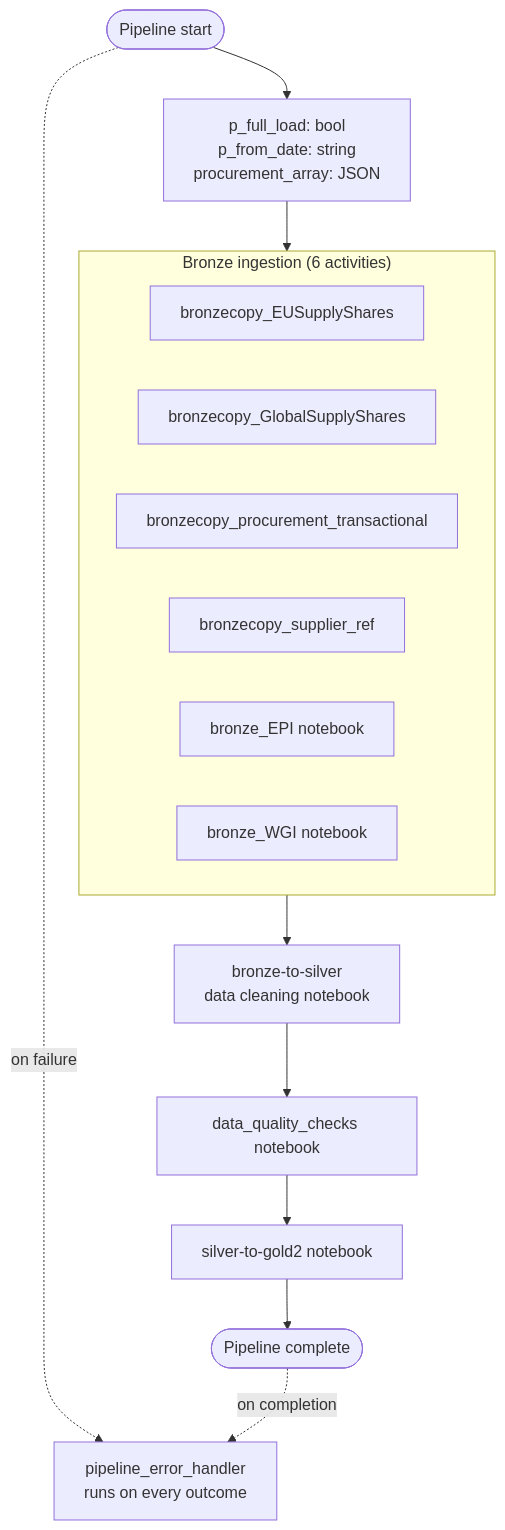
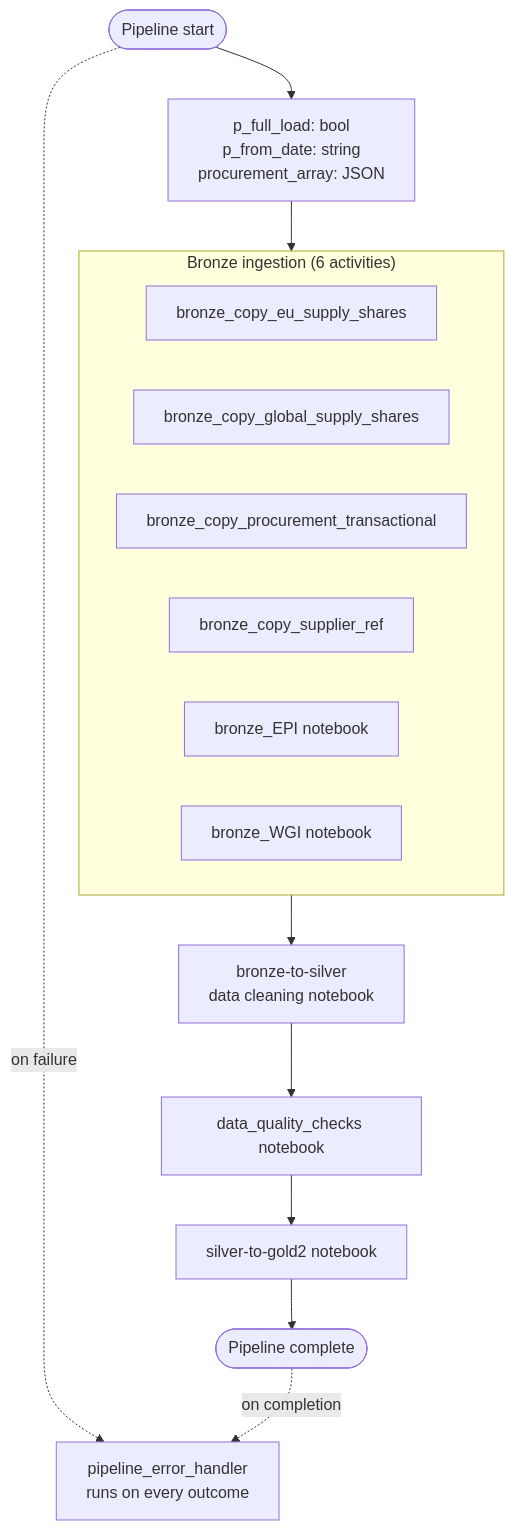
Before and after one commit to erikemilsson/OEMMatInsightBI: the second of 4 diagrams in docs/architecture/data-flow-diagram.md, drawn with Mermaid. The commit also changed 19 other files, not shown here.

````diff
--- a/docs/architecture/data-flow-diagram.md
+++ b/docs/architecture/data-flow-diagram.md
@@ -85,25 +85,25 @@
 ```mermaid
 flowchart TB
     Start([Pipeline start])
     Params[p_full_load: bool<br/>p_from_date: string<br/>procurement_array: JSON]
 
     subgraph Bronze["Bronze ingestion (6 activities)"]
-        BC1[bronzecopy_EUSupplyShares]
-        BC2[bronzecopy_GlobalSupplyShares]
-        BC3[bronzecopy_procurement_transactional]
-        BC4[bronzecopy_supplier_ref]
+        BC1[bronze_copy_eu_supply_shares]
+        BC2[bronze_copy_global_supply_shares]
+        BC3[bronze_copy_procurement_transactional]
+        BC4[bronze_copy_supplier_ref]
         BE[bronze_EPI notebook]
         BW[bronze_WGI notebook]
     end
 
     BS[bronze-to-silver<br/>data cleaning notebook]
     DQ[data_quality_checks notebook]
     SG[silver-to-gold2 notebook]
     EH[pipeline_error_handler<br/>runs on every outcome]
     End([Pipeline complete])
 
     Start --> Params --> Bronze
     Bronze --> BS --> DQ --> SG --> End
     Start -.on failure.-> EH
     End -.on completion.-> EH
 ```
````
